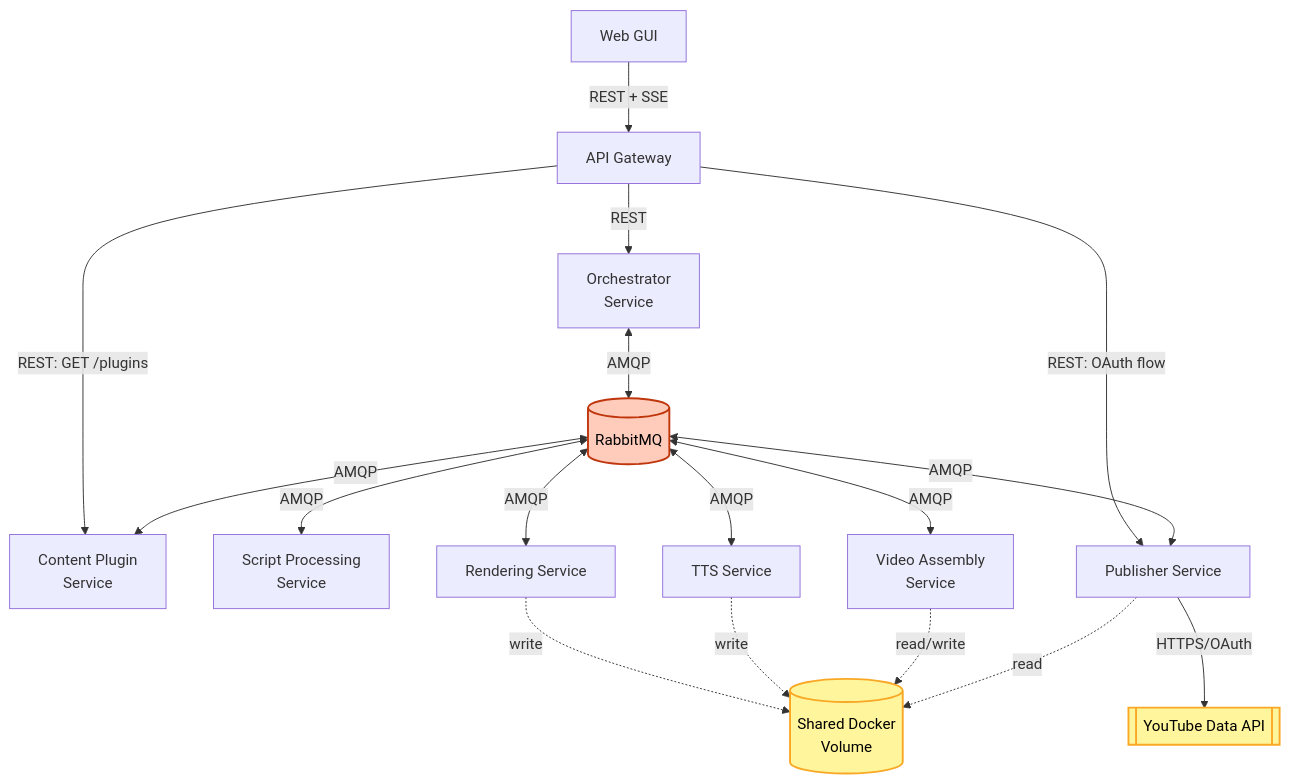
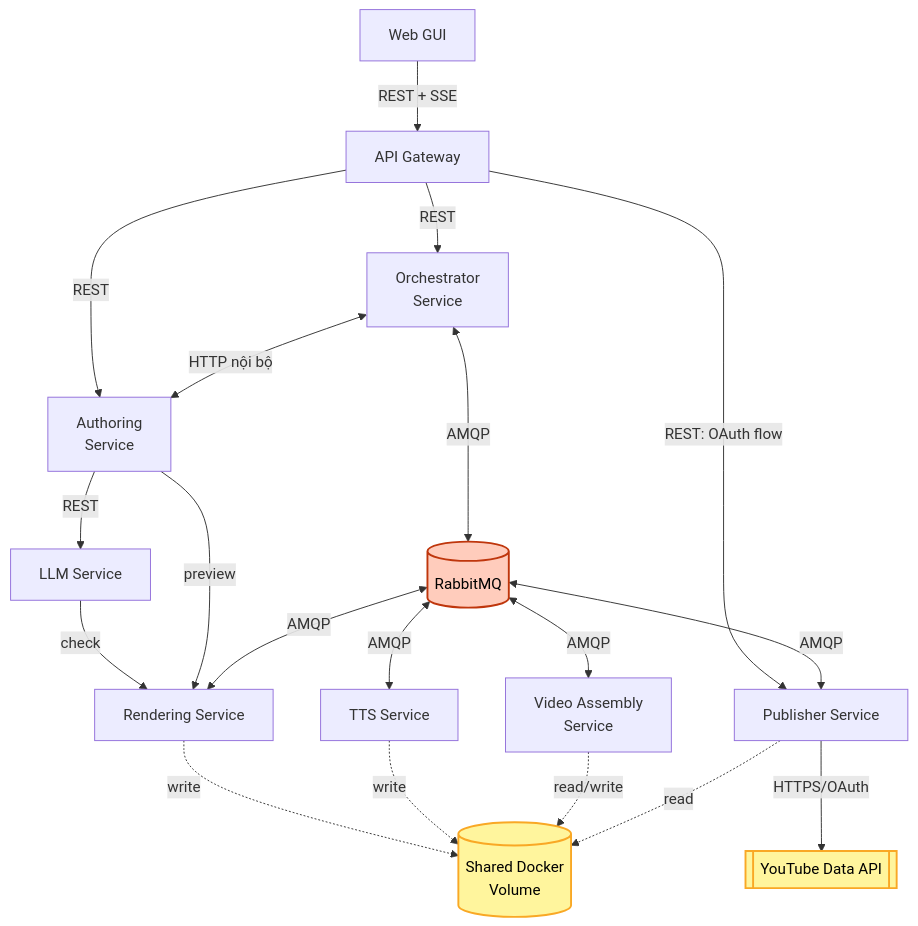
Before and after one commit to ngoc31031997/ConceptFlow: the diagram in aidlc-docs/inception/application-design/component-dependency.md, drawn with Mermaid. The commit also changed other lines of this file and 90 other files, not shown here.

````diff
--- a/aidlc-docs/inception/application-design/component-dependency.md
+++ b/aidlc-docs/inception/application-design/component-dependency.md
@@ -30,38 +34,40 @@
 ```mermaid
 flowchart TB
     GUI["Web GUI"]
     GW["API Gateway"]
     ORCH["Orchestrator<br/>Service"]
     MQ[("RabbitMQ")]
-    CP["Content Plugin<br/>Service"]
-    SP["Script Processing<br/>Service"]
+    AU["Authoring<br/>Service"]
+    LLM["LLM Service"]
     RD["Rendering Service"]
     TTS["TTS Service"]
     VA["Video Assembly<br/>Service"]
     PB["Publisher Service"]
     VOL[("Shared Docker<br/>Volume")]
     YT[["YouTube Data API"]]
 
     GUI -->|REST + SSE| GW
     GW -->|REST| ORCH
-    GW -->|REST: GET /plugins| CP
+    GW -->|REST| AU
+    ORCH <-->|HTTP nội bộ| AU
+    AU -->|REST| LLM
+    LLM -->|check| RD
+    AU -->|preview| RD
     GW -->|REST: OAuth flow| PB
 
     ORCH <-->|AMQP| MQ
-    MQ <-->|AMQP| SP
-    MQ <-->|AMQP| CP
     MQ <-->|AMQP| RD
     MQ <-->|AMQP| TTS
     MQ <-->|AMQP| VA
     MQ <-->|AMQP| PB
 
     RD -.->|write| VOL
     TTS -.->|write| VOL
     VA -.->|read/write| VOL
     PB -.->|read| VOL
     PB -->|HTTPS/OAuth| YT
 
     style VOL fill:#FFF59D,stroke:#F9A825,stroke-width:2px,color:#000
     style YT fill:#FFF59D,stroke:#F9A825,stroke-width:2px,color:#000
     style MQ fill:#FFCCBC,stroke:#BF360C,stroke-width:2px,color:#000
 ```
````
